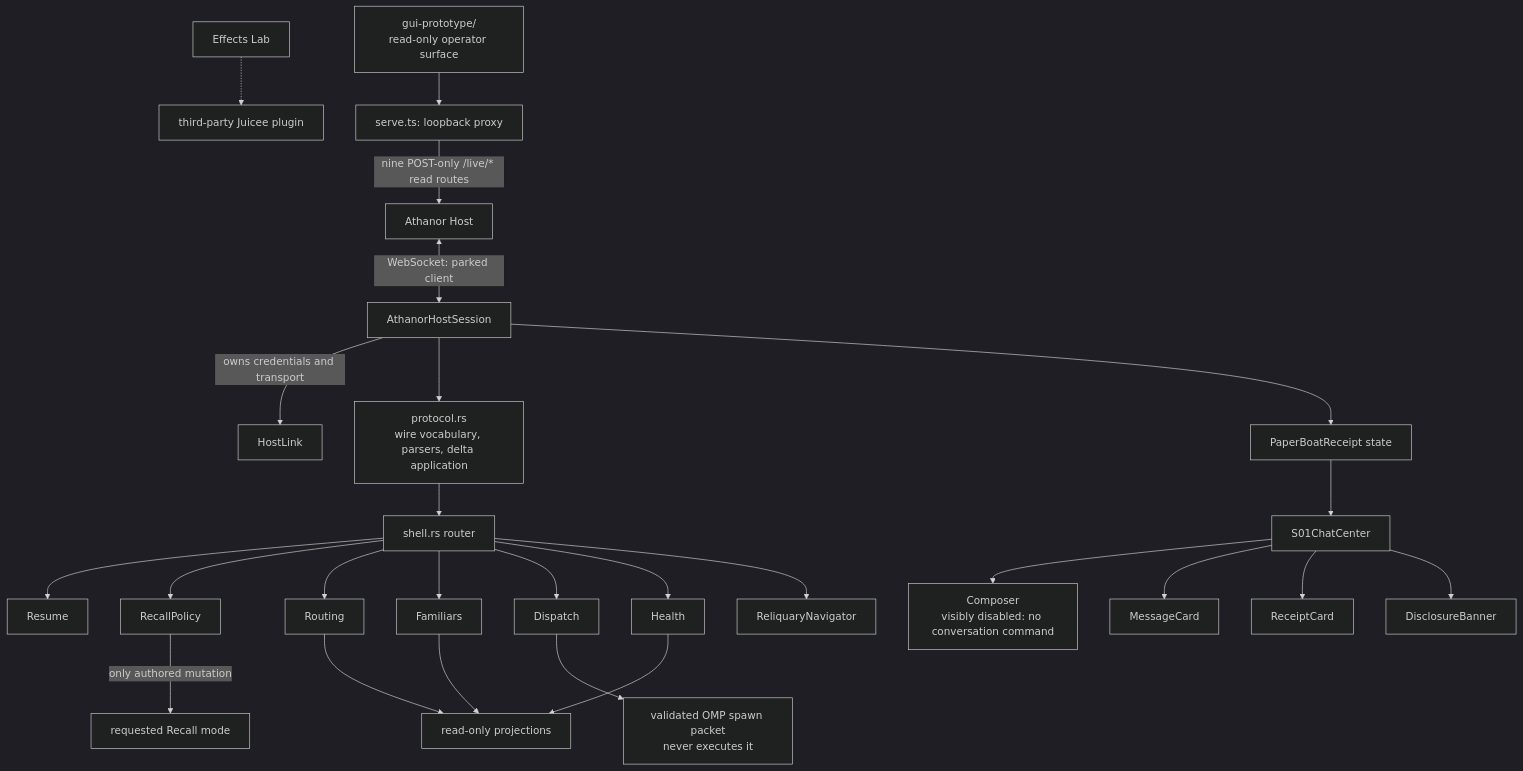
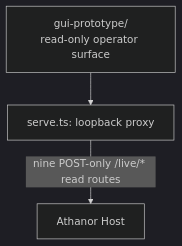
One commit to solarisael/the-athanor changed diagram 16 of 16 in docs/CODE_FLOW_MAP.md. Above: the diagram before and after it, drawn with Mermaid (dark theme). The commit also changed other lines of this file and 431 other files, not shown here.

First line of the commit message:
Stop shipping the parked Godot client

````diff
--- a/docs/CODE_FLOW_MAP.md
+++ b/docs/CODE_FLOW_MAP.md
@@ -680,32 +674,6 @@
 ```mermaid
 flowchart TD
-    Host["Athanor Host"] <-->|WebSocket: parked client| Session["AthanorHostSession"]
-    Session -->|"owns credentials and transport"| Link["HostLink"]
-    Session --> Protocol["protocol.rs<br/>wire vocabulary, parsers, delta application"]
-    Protocol --> Shell["shell.rs router"]
-
-    Shell --> Resume["Resume"]
-    Shell --> Policy["RecallPolicy"]
-    Shell --> Routing["Routing"]
-    Shell --> Familiar["Familiars"]
-    Shell --> Dispatch["Dispatch"]
-    Shell --> Health["Health"]
-
-    Policy -->|"only authored mutation"| Requested["requested Recall mode"]
-    Routing --> ReadOnly["read-only projections"]
-    Familiar --> ReadOnly
-    Health --> ReadOnly
-    Dispatch --> Packet["validated OMP spawn packet<br/>never executes it"]
-
-    Session --> Boat["PaperBoatReceipt state"]
-    Boat --> Chat["S01ChatCenter"]
-    Chat --> Composer["Composer<br/>visibly disabled: no conversation command"]
-    Chat --> Message["MessageCard"]
-    Chat --> Receipt["ReceiptCard"]
-    Chat --> Disclosure["DisclosureBanner"]
-    Shell --> Nav["ReliquaryNavigator"]
-
-    Effects["Effects Lab"] -.-> Juicee["third-party Juicee plugin"]
+    Host["Athanor Host"]
     Prototype["gui-prototype/<br/>read-only operator surface"] --> Proxy["serve.ts: loopback proxy"]
     Proxy -->|nine POST-only /live/* read routes| Host
 ```
````
